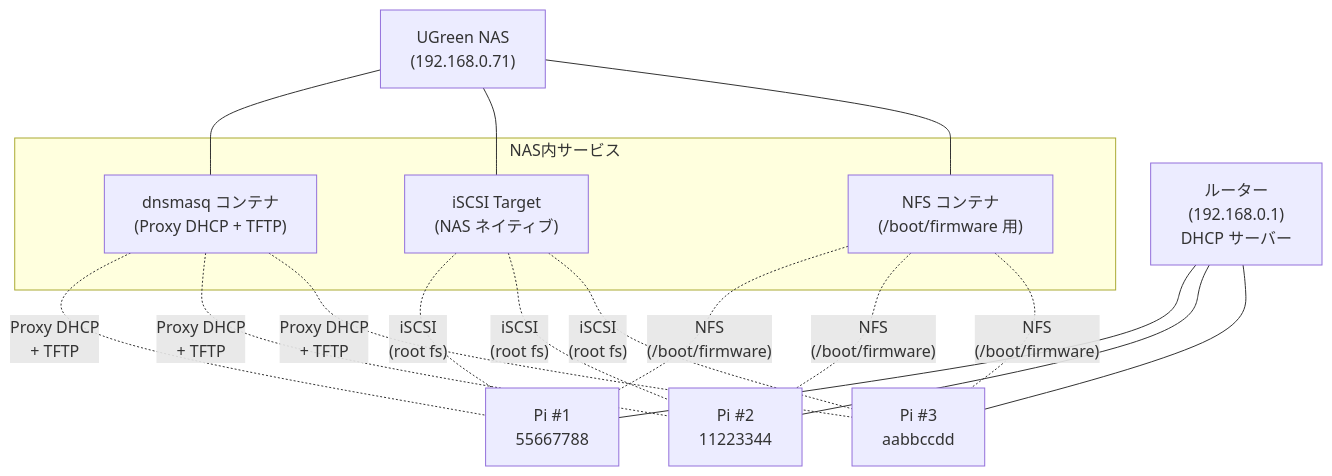
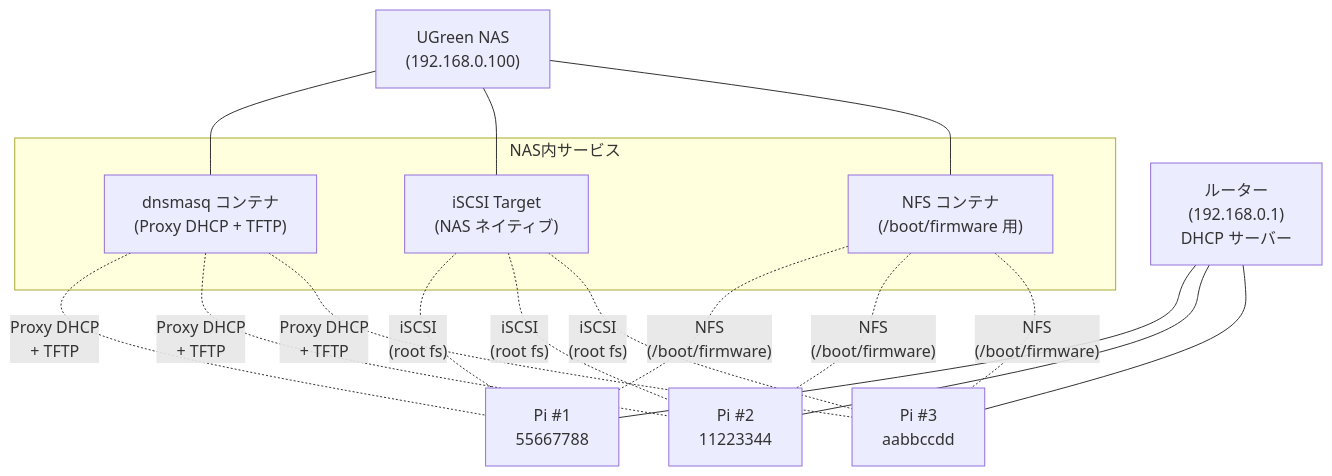
The first of 2 diagrams in articles/raspberry-pi-pxe-iscsi-boot.md (korosuke613/zenn-articles), drawn with Mermaid before and after one commit. The commit also changed other lines of this file and 1 other file, not shown here.

````diff
--- a/articles/raspberry-pi-pxe-iscsi-boot.md
+++ b/articles/raspberry-pi-pxe-iscsi-boot.md
@@ -70,21 +76,21 @@
 ```mermaid
 graph TB
     Router["ルーター<br/>(192.168.0.1)<br/>DHCP サーバー"]
-    NAS["UGreen NAS<br/>(192.168.0.71)"]
+    NAS["UGreen NAS<br/>(192.168.0.100)"]
 
     subgraph NAS内サービス
         dnsmasq["dnsmasq コンテナ<br/>(Proxy DHCP + TFTP)"]
         iscsi["iSCSI Target<br/>(NAS ネイティブ)"]
         nfs["NFS コンテナ<br/>(/boot/firmware 用)"]
     end
 
     Pi1["Pi #1<br/>55667788"]
     Pi2["Pi #2<br/>11223344"]
     Pi3["Pi #3<br/>aabbccdd"]
 
     Router --- Pi1 & Pi2 & Pi3
     NAS --- dnsmasq & iscsi & nfs
     dnsmasq -. "Proxy DHCP<br/>+ TFTP" .- Pi1 & Pi2 & Pi3
     iscsi -. "iSCSI<br/>(root fs)" .- Pi1 & Pi2 & Pi3
     nfs -. "NFS<br/>(/boot/firmware)" .- Pi1 & Pi2 & Pi3
 ```
````
